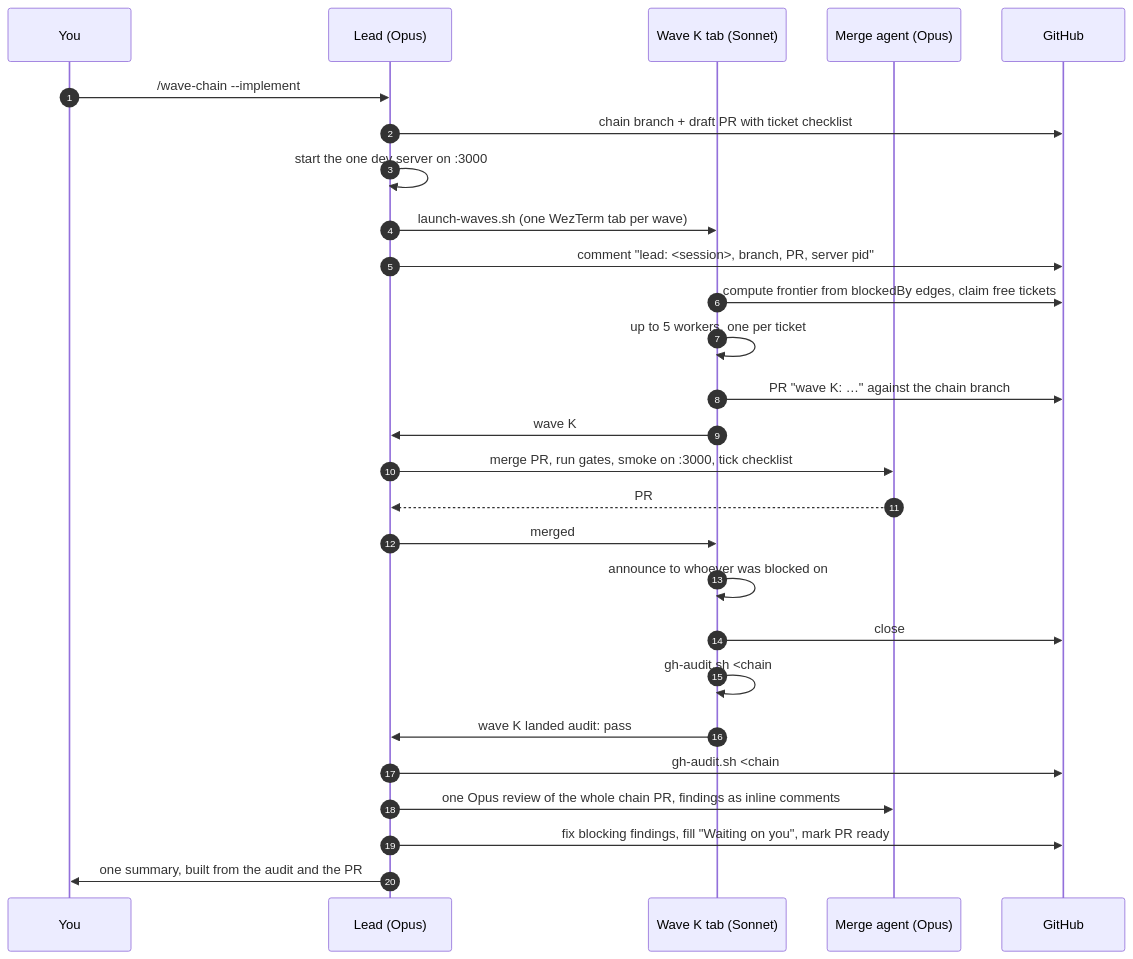
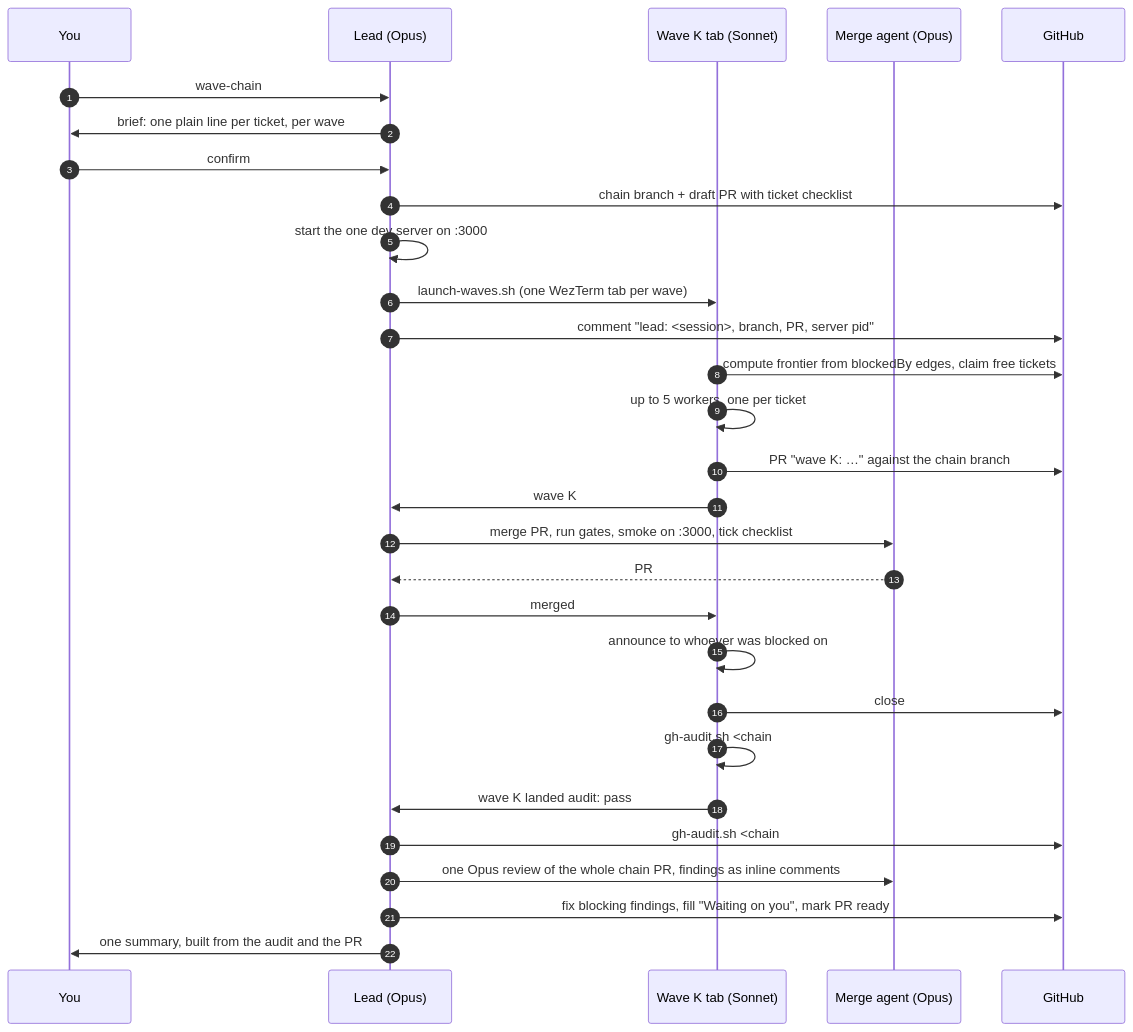
The diagram in wave-chain/README.md (kouroshcodes/Public-Skills), drawn with Mermaid before and after one commit. The commit also changed other lines of this file and 1 other file, not shown here.

Commit message:
wave-chain: lead briefs in plain words and waits for confirm before starting

````diff
--- a/wave-chain/README.md
+++ b/wave-chain/README.md
@@ -47,30 +49,32 @@
 ```mermaid
 sequenceDiagram
     autonumber
     participant K as You
     participant L as Lead (Opus)
     participant W as Wave K tab (Sonnet)
     participant M as Merge agent (Opus)
     participant G as GitHub
 
-    K->>L: /wave-chain --implement
+    K->>L: wave-chain
+    L->>K: brief: one plain line per ticket, per wave
+    K->>L: confirm
     L->>G: chain branch + draft PR with ticket checklist
     L->>L: start the one dev server on :3000
     L->>W: launch-waves.sh (one WezTerm tab per wave)
     L->>G: comment "lead: <session>, branch, PR, server pid"
     W->>G: compute frontier from blockedBy edges, claim free tickets
     W->>W: up to 5 workers, one per ticket
     W->>G: PR "wave K: …" against the chain branch
     W->>L: wave K  #12  ready  <PR>
     L->>M: merge PR, run gates, smoke on :3000, tick checklist
     M-->>L: PR #201 · merged · gates pass · smoke pass · conflicts none
     L->>W: merged
     W->>W: announce to whoever was blocked on #12
     W->>G: close #12 with PR link + file:line evidence
     W->>W: gh-audit.sh <chain#> K → AUDIT PASS
     W->>L: wave K  landed  audit: pass
     L->>G: gh-audit.sh <chain#> → AUDIT PASS
     L->>M: one Opus review of the whole chain PR, findings as inline comments
     L->>G: fix blocking findings, fill "Waiting on you", mark PR ready
     L->>K: one summary, built from the audit and the PR
 ```
````
